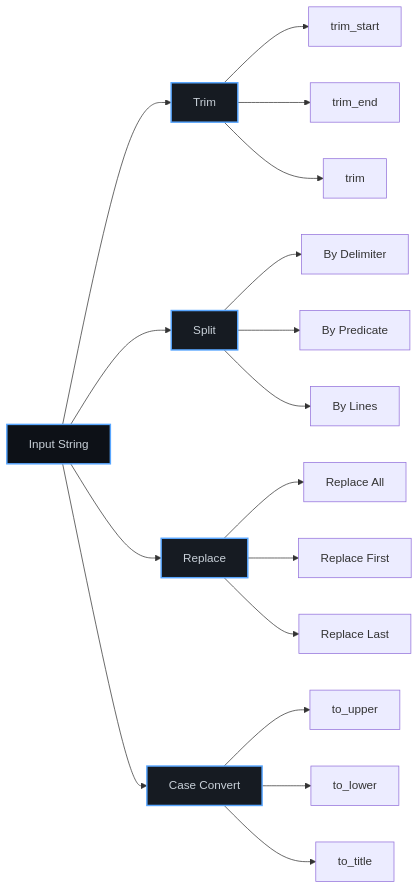
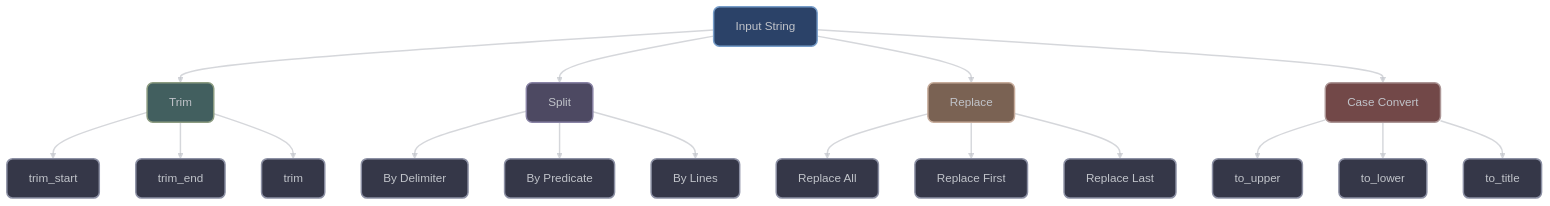
Before and after one commit to vorlac/xieite: the second of 3 diagrams in docs/src/categories/data/README.md, drawn with Mermaid. The commit also changed other lines of this file and 44 other files, not shown here.

````diff
--- a/docs/src/categories/data/README.md
+++ b/docs/src/categories/data/README.md
@@ -124,31 +196,81 @@
 ```mermaid
-graph LR
+---
+config:
+    theme: 'base'
+    curve: 'straight'
+    themeVariables:
+        darkMode: true
+        clusterBkg: '#22272f62'
+        clusterBorder: '#6a6f77ff'
+        clusterTextColor: '#6a6f77ff'
+        lineColor: '#C1C4CAAA'
+        background: '#262B33'
+        primaryColor: '#2b4268ff'
+        primaryTextColor: '#C1C4CAff'
+        primaryBorderColor: '#6a6f77ff'
+        primaryLabelBkg: '#262B33'
+        secondaryColor: '#425f5fff'
+        secondaryBorderColor: '#8c9c81ff'
+        secondaryTextColor: '#C1C4CAff'
+        tertiaryColor: '#4d4962ff'
+        tertiaryBorderColor: '#8983a5ff'
+        tertiaryTextColor: '#eeeeee55'
+        nodeTextColor: '#C1C4CA'
+        defaultLinkColor: '#C1C4CA'
+        edgeLabelBackground: '#262B33'
+        edgeLabelBorderColor: '#C1C4CAff'
+        labelTextColor: '#ffffff'
+        errorBkgColor: '#724848ff'
+        errorTextColor: '#C1C4CA'
+        flowchart:
+            curve: 'basis'
+            nodeSpacing: 50
+            rankSpacing: 50
+            subGraphTitleMargin:
+                top: 15
+                bottom: 15
+                left: 15
+                right: 15
+---
+flowchart TD
     Input[Input String]
 
     Input --> Trim[Trim]
     Input --> Split[Split]
     Input --> Replace[Replace]
     Input --> Case[Case Convert]
 
     Trim --> trim_start[trim_start]
     Trim --> trim_end[trim_end]
     Trim --> trim_all[trim]
-
     Split --> split_delim[By Delimiter]
     Split --> split_pred[By Predicate]
     Split --> split_lines[By Lines]
-
     Replace --> replace_all[Replace All]
     Replace --> replace_first[Replace First]
     Replace --> replace_last[Replace Last]
-
     Case --> to_upper[to_upper]
     Case --> to_lower[to_lower]
     Case --> to_title[to_title]
 
-    style Input fill:#0d1117,stroke:#58a6ff,stroke-width:2px,color:#c9d1d9
-    style Trim fill:#161b22,stroke:#58a6ff,stroke-width:2px,color:#c9d1d9
-    style Split fill:#161b22,stroke:#58a6ff,stroke-width:2px,color:#c9d1d9
-    style Replace fill:#161b22,stroke:#58a6ff,stroke-width:2px,color:#c9d1d9
-    style Case fill:#161b22,stroke:#58a6ff,stroke-width:2px,color:#c9d1d9
+    linkStyle default stroke:#C1C4CAaa,stroke-width:2px,color:#C1C4CAaa
+
+    style Input fill:#2b4268ff,stroke:#779DC9ff,stroke-width:2px,color:#C1C4CA,rx:8,ry:8
+    style Trim fill:#425f5fff,stroke:#8c9c81ff,stroke-width:2px,color:#C1C4CA,rx:8,ry:8
+    style Split fill:#4d4962ff,stroke:#8983a5ff,stroke-width:2px,color:#C1C4CA,rx:8,ry:8
+    style Replace fill:#7a6253ff,stroke:#c7ac9bff,stroke-width:2px,color:#C1C4CA,rx:8,ry:8
+    style Case fill:#724848ff,stroke:#ac9696ff,stroke-width:2px,color:#C1C4CA,rx:8,ry:8
+
+    style trim_start fill: #353748ff,stroke:#8c90a4ff,stroke-width:2px,color:#C1C4CA,rx:8,ry:8
+    style trim_end fill: #353748ff,stroke:#8c90a4ff,stroke-width:2px,color:#C1C4CA,rx:8,ry:8
+    style trim_all fill: #353748ff,stroke:#8c90a4ff,stroke-width:2px,color:#C1C4CA,rx:8,ry:8
+    style split_delim fill: #353748ff,stroke:#8c90a4ff,stroke-width:2px,color:#C1C4CA,rx:8,ry:8
+    style split_pred fill: #353748ff,stroke:#8c90a4ff,stroke-width:2px,color:#C1C4CA,rx:8,ry:8
+    style split_lines fill: #353748ff,stroke:#8c90a4ff,stroke-width:2px,color:#C1C4CA,rx:8,ry:8
+    style replace_all fill: #353748ff,stroke:#8c90a4ff,stroke-width:2px,color:#C1C4CA,rx:8,ry:8
+    style replace_first fill: #353748ff,stroke:#8c90a4ff,stroke-width:2px,color:#C1C4CA,rx:8,ry:8
+    style replace_last fill: #353748ff,stroke:#8c90a4ff,stroke-width:2px,color:#C1C4CA,rx:8,ry:8
+    style to_upper fill: #353748ff,stroke:#8c90a4ff,stroke-width:2px,color:#C1C4CA,rx:8,ry:8
+    style to_lower fill: #353748ff,stroke:#8c90a4ff,stroke-width:2px,color:#C1C4CA,rx:8,ry:8
+    style to_title fill: #353748ff,stroke:#8c90a4ff,stroke-width:2px,color:#C1C4CA,rx:8,ry:8
 ```
````
